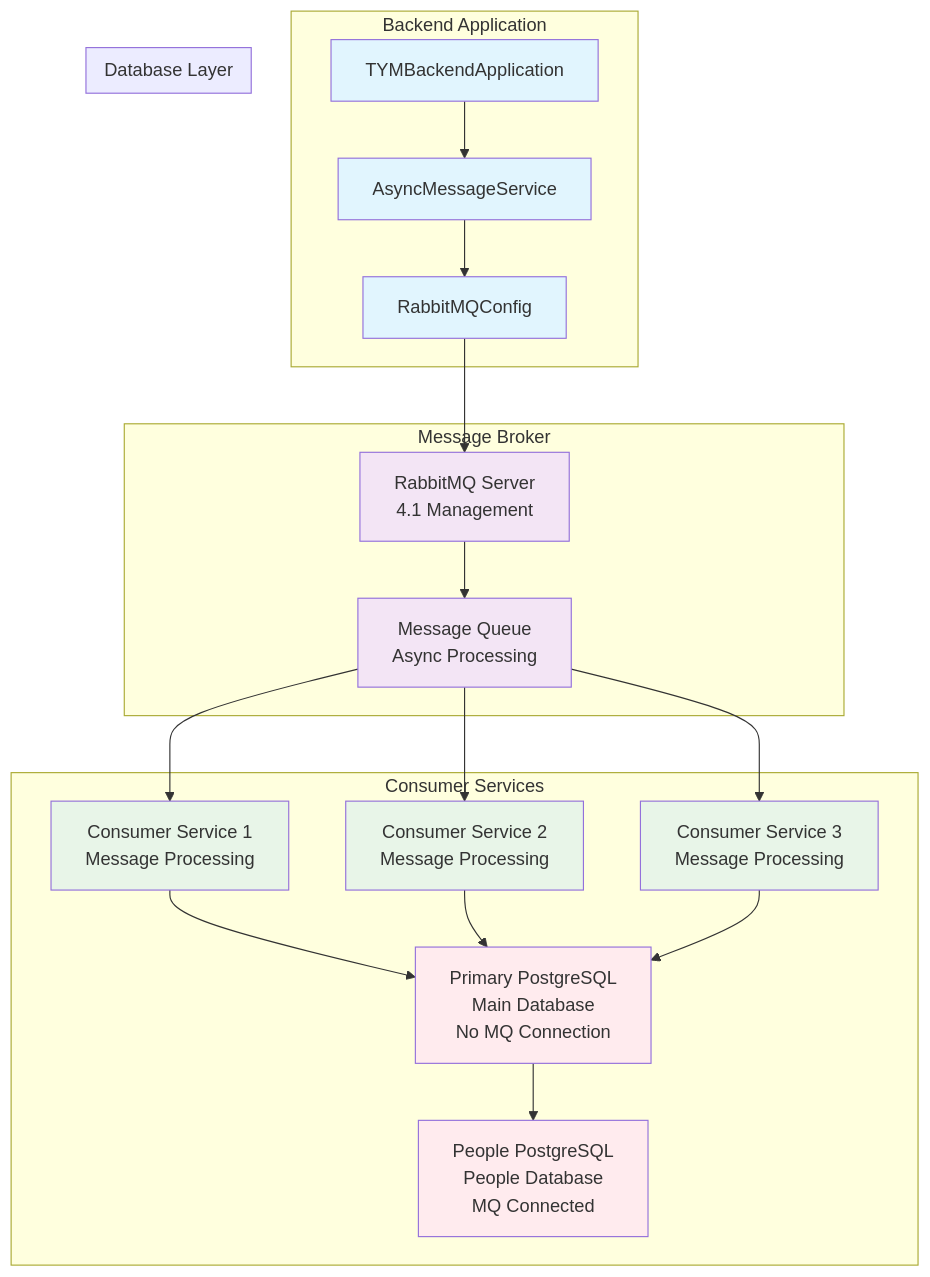
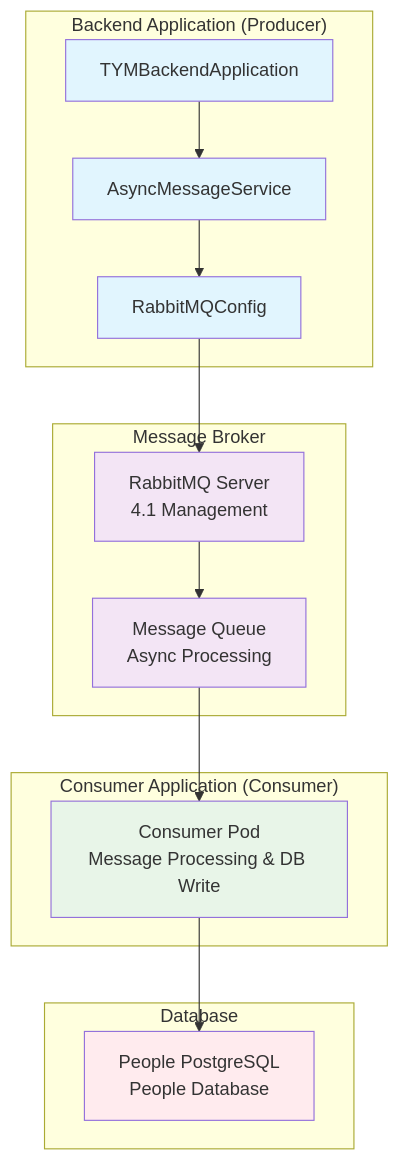
Before and after one commit to Vinskao/ty-multiverse-backend: diagram 11 of 11 in README.md, drawn with Mermaid.

Commit message:
info: add mq graph

````diff
--- a/README.md
+++ b/README.md
@@ -486,50 +486,40 @@
 ```mermaid
 graph TB
-    subgraph "Backend Application"
+    subgraph "Backend Application (Producer)"
         A[TYMBackendApplication]
         B[AsyncMessageService]
         C[RabbitMQConfig]
     end
     
     subgraph "Message Broker"
         D[RabbitMQ Server<br/>4.1 Management]
         E[Message Queue<br/>Async Processing]
     end
     
-    subgraph "Consumer Services"
-        F[Consumer Service 1<br/>Message Processing]
-        G[Consumer Service 2<br/>Message Processing]
-        H[Consumer Service 3<br/>Message Processing]
-        I[Batch Operations<br/>Error Recovery]
-        J[Data Processing Logic]
+    subgraph "Consumer Application (Consumer)"
+        F[Consumer Pod<br/>Message Processing & DB Write]
     end
     
-    subgraph "Database Layer"
-        I[Primary PostgreSQL<br/>Main Database<br/>No MQ Connection]
-        J[People PostgreSQL<br/>People Database<br/>MQ Connected]
+    subgraph "Database"
+        K[People PostgreSQL<br/>People Database]
     end
     
     %% Data Flow
     A --> B
     B --> C
     C --> D
     D --> E
     E --> F
-    E --> G
-    E --> H
-    F --> I
-    G --> I
-    H --> I
-    I --> J
+    F --> K
     
     %% Styling
-    classDef backend fill:#e1f5fe
+    classDef producer fill:#e1f5fe
     classDef mq fill:#f3e5f5
     classDef consumer fill:#e8f5e8
     classDef database fill:#ffebee
     
-    class A,B,C backend
+    class A,B,C producer
     class D,E mq
-    class F,G,H consumer
-    class I,J database
+    class F consumer
+    class K database
 ```
````
